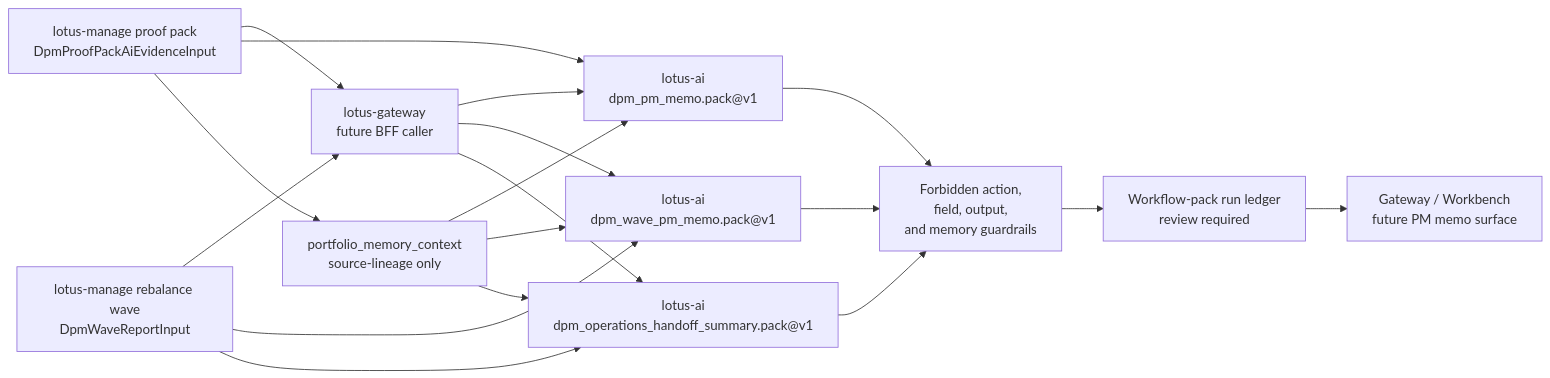
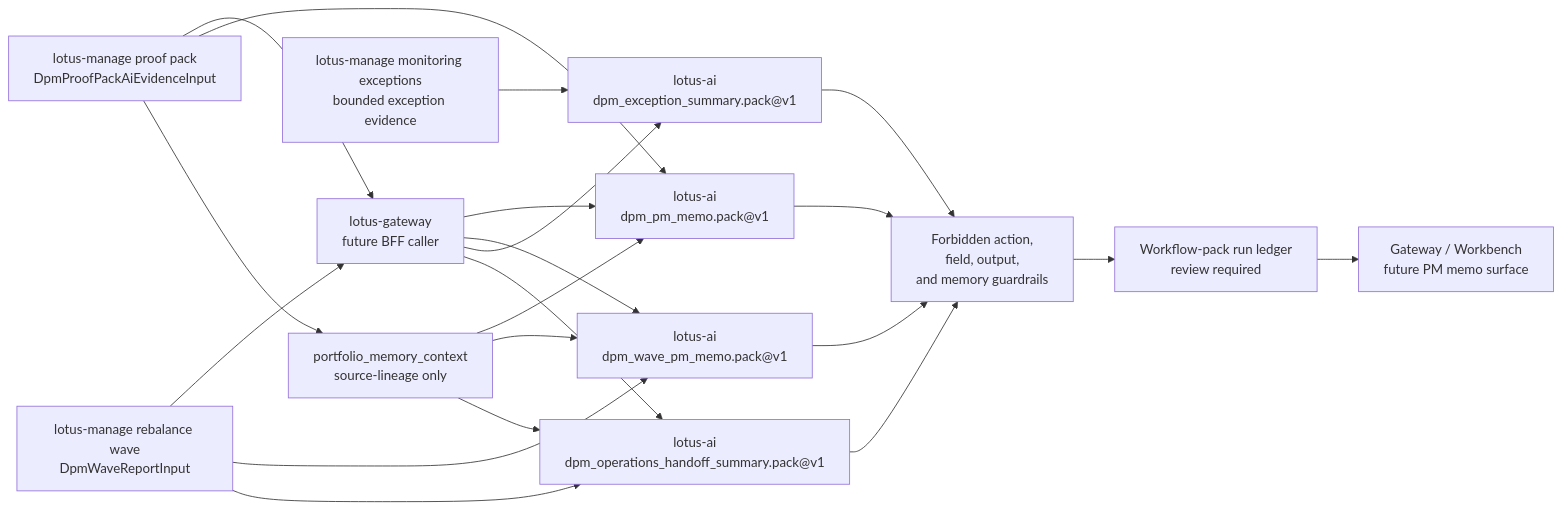
The diagram in docs/guides/integration-guide.md (sgajbi/lotus-ai), drawn with Mermaid before and after one commit. The commit also changed other lines of this file and 30 other files, not shown here.

Commit message:
Add DPM exception summary workflow pack

````diff
--- a/docs/guides/integration-guide.md
+++ b/docs/guides/integration-guide.md
@@ -315,20 +322,23 @@
 ```mermaid
 flowchart LR
     Manage["lotus-manage proof pack\nDpmProofPackAiEvidenceInput"] --> Gateway["lotus-gateway\nfuture BFF caller"]
     Wave["lotus-manage rebalance wave\nDpmWaveReportInput"] --> Gateway
     Manage --> AI["lotus-ai\ndpm_pm_memo.pack@v1"]
     Wave --> WaveAI["lotus-ai\ndpm_wave_pm_memo.pack@v1"]
+    Exception["lotus-manage monitoring exceptions\nbounded exception evidence"] --> ExceptionAI["lotus-ai\ndpm_exception_summary.pack@v1"]
     Wave --> HandoffAI["lotus-ai\ndpm_operations_handoff_summary.pack@v1"]
     Gateway --> AI
     Gateway --> WaveAI
+    Gateway --> ExceptionAI
     Gateway --> HandoffAI
     Manage --> Memory["portfolio_memory_context\nsource-lineage only"]
     Memory --> AI
     Memory --> WaveAI
     Memory --> HandoffAI
     AI --> Guardrails["Forbidden action,\nfield, output,\nand memory guardrails"]
     WaveAI --> Guardrails
+    ExceptionAI --> Guardrails
     HandoffAI --> Guardrails
     Guardrails --> RunLedger["Workflow-pack run ledger\nreview required"]
     RunLedger --> Consumers["Gateway / Workbench\nfuture PM memo surface"]
 ```
````
